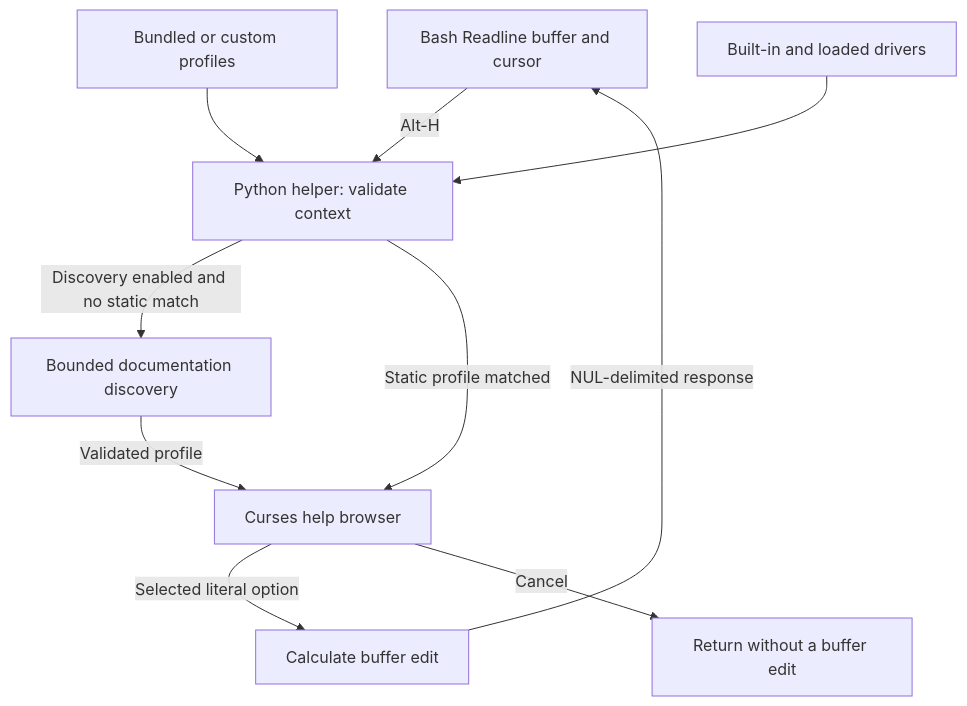
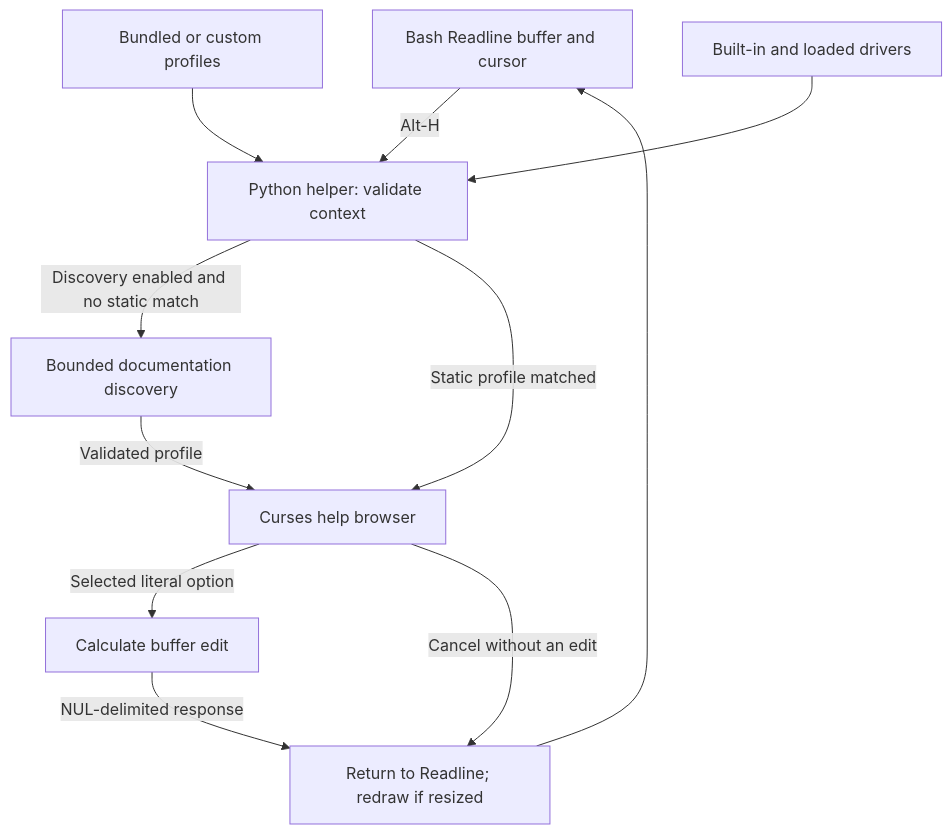
Before and after one commit to Usrnmna/CLI-InteractiveHelpMenu: the diagram in docs/development.md, drawn with Mermaid. The commit also changed other lines of this file and 58 other files, not shown here.

````diff
--- a/docs/development.md
+++ b/docs/development.md
@@ -13,12 +13,13 @@
 ```mermaid
 flowchart TD
     B[Bash Readline buffer and cursor] -->|Alt-H| H[Python helper: validate context]
     P[Bundled or custom profiles] --> H
     D[Built-in and loaded drivers] --> H
     H -->|Discovery enabled and no static match| Q[Bounded documentation discovery]
     Q -->|Validated profile| U[Curses help browser]
     H -->|Static profile matched| U
     U -->|Selected literal option| E[Calculate buffer edit]
-    E -->|NUL-delimited response| B
-    U -->|Cancel| X[Return without a buffer edit]
+    E -->|NUL-delimited response| R[Return to Readline; redraw if resized]
+    U -->|Cancel without an edit| R
+    R --> B
 ```
````
